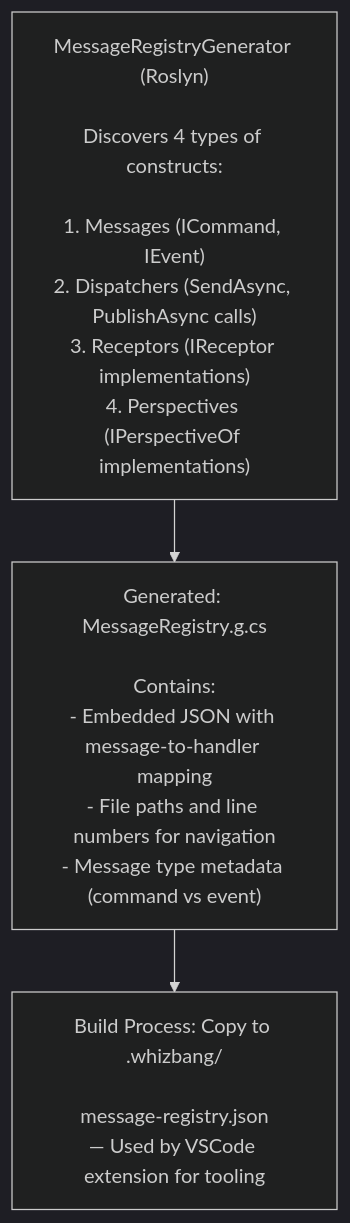
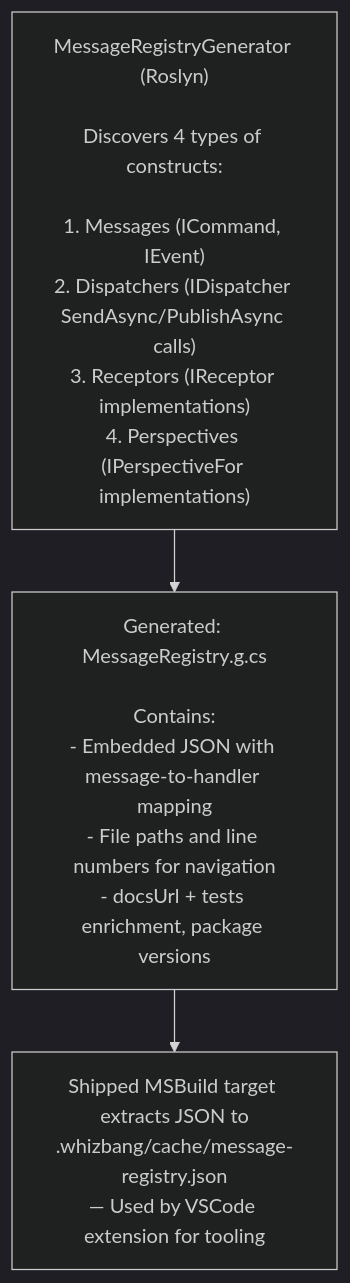
The diagram in src/assets/docs/v1.0.0/extending/source-generators/message-registry.md (whizbang-lib/whizbang-lib.github.io), drawn with Mermaid (dark theme) before and after one commit. The commit also changed other lines of this file and 107 other files, not shown here.

````diff
--- a/src/assets/docs/v1.0.0/extending/source-generators/message-registry.md
+++ b/src/assets/docs/v1.0.0/extending/source-generators/message-registry.md
@@ -50,12 +57,12 @@
 ```mermaid
 flowchart TD
-    Generator["MessageRegistryGenerator (Roslyn)<br/><br/>Discovers 4 types of constructs:<br/><br/>1. Messages (ICommand, IEvent)<br/>2. Dispatchers (SendAsync, PublishAsync calls)<br/>3. Receptors (IReceptor implementations)<br/>4. Perspectives (IPerspectiveOf implementations)"]
-    Generated["Generated: MessageRegistry.g.cs<br/><br/>Contains:<br/>- Embedded JSON with message-to-handler mapping<br/>- File paths and line numbers for navigation<br/>- Message type metadata (command vs event)"]
-    Build["Build Process: Copy to .whizbang/<br/><br/>message-registry.json<br/>— Used by VSCode extension for tooling"]
+    Generator["MessageRegistryGenerator (Roslyn)<br/><br/>Discovers 4 types of constructs:<br/><br/>1. Messages (ICommand, IEvent)<br/>2. Dispatchers (IDispatcher SendAsync/PublishAsync calls)<br/>3. Receptors (IReceptor implementations)<br/>4. Perspectives (IPerspectiveFor implementations)"]
+    Generated["Generated: MessageRegistry.g.cs<br/><br/>Contains:<br/>- Embedded JSON with message-to-handler mapping<br/>- File paths and line numbers for navigation<br/>- docsUrl + tests enrichment, package versions"]
+    Build["Shipped MSBuild target extracts JSON to<br/>.whizbang/cache/message-registry.json<br/>— Used by VSCode extension for tooling"]
 
     Generator --> Generated
     Generated --> Build
 
     class Generator layer-infrastructure
     class Generated,Build layer-core
 ```
````
